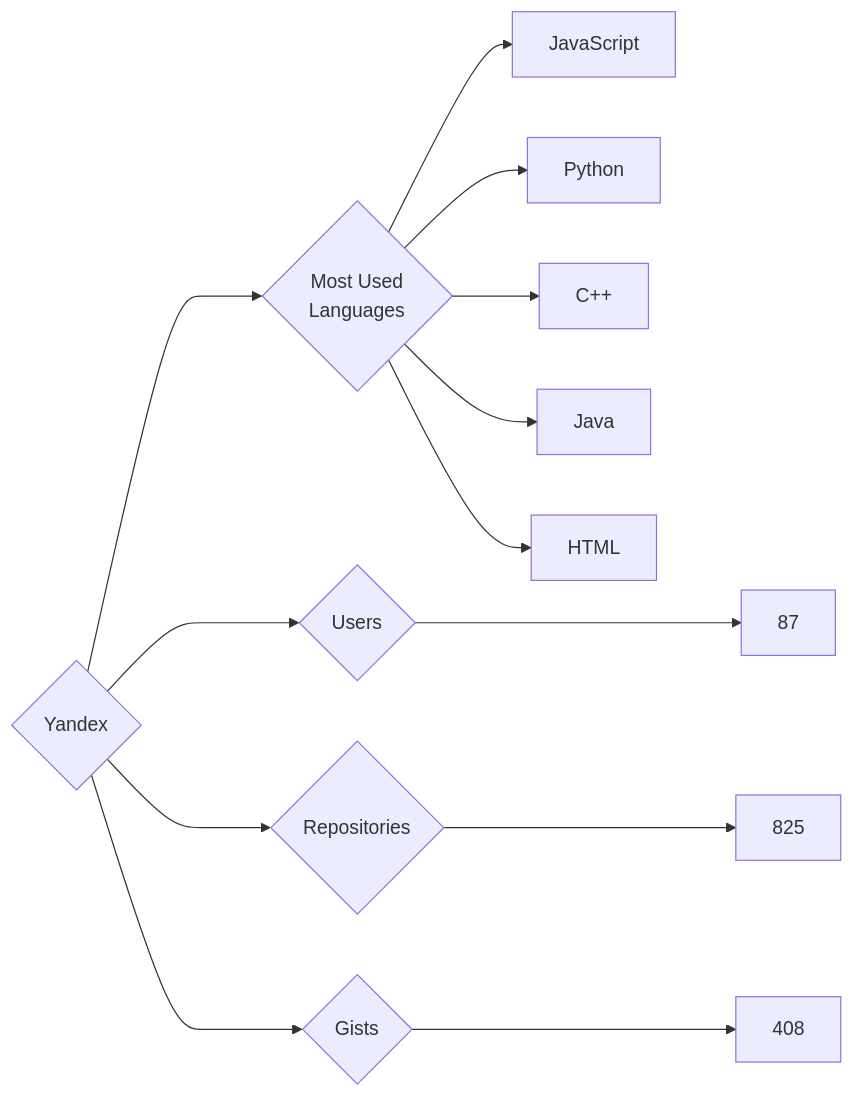
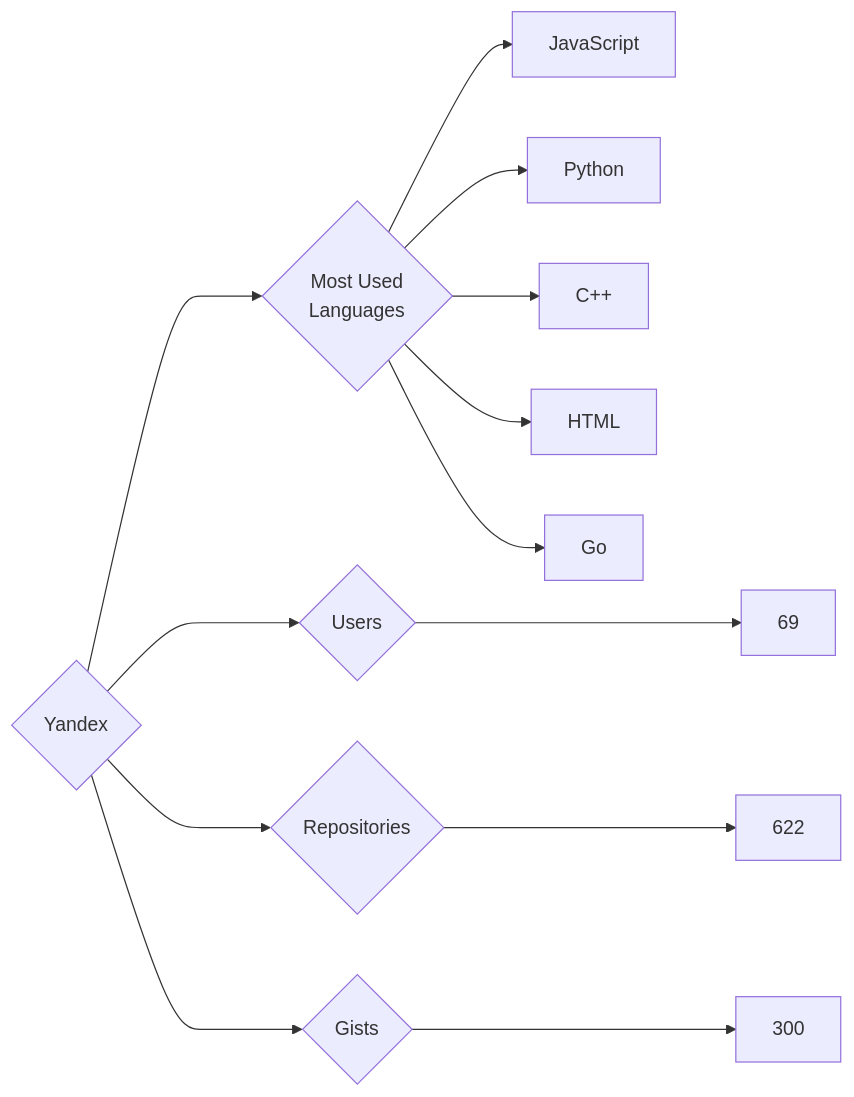
The diagram in targets/Yandex/README.md (trickest/insiders), drawn with Mermaid before and after one commit. The commit also changed 806 other files, not shown here.

````diff
--- a/targets/Yandex/README.md
+++ b/targets/Yandex/README.md
@@ -3,13 +3,13 @@
 ```mermaid
 graph LR
 COMPANY_NAME{Yandex}
-COMPANY_NAME ---> U{Users} ---> UN[87]
-COMPANY_NAME ---> R{Repositories} ---> RN[825]
-COMPANY_NAME ---> G{Gists} ---> GN[408]
+COMPANY_NAME ---> U{Users} ---> UN[69]
+COMPANY_NAME ---> R{Repositories} ---> RN[622]
+COMPANY_NAME ---> G{Gists} ---> GN[300]
 COMPANY_NAME ---> ML{Most Used<br>Languages}
 ML --> JavaScript[JavaScript]
 ML --> Python[Python]
 ML --> C++[C++]
-ML --> Java[Java]
 ML --> HTML[HTML]
+ML --> Go[Go]
 ```
````
